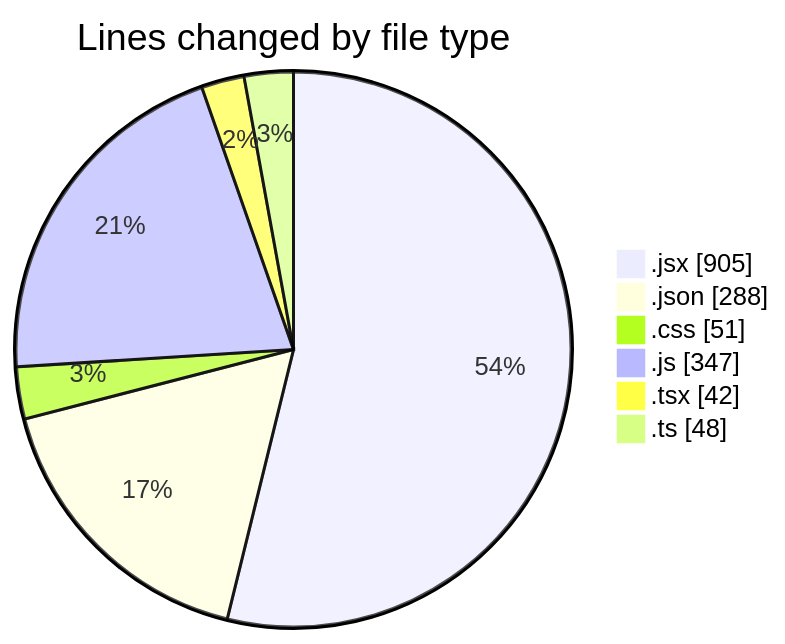
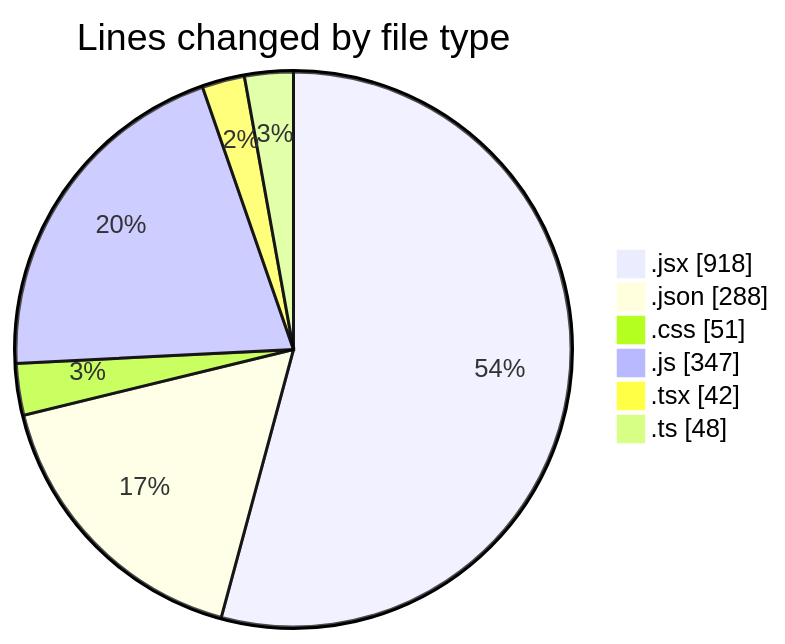
One commit to momahboobian/code-tracking changed the first of 2 diagrams in 2026-03-19/commonwealth-front-end-task/README.md. Above: the diagram before and after it, drawn with Mermaid. The commit also changed other lines of this file and 1 other file, not shown here.

````diff
--- a/2026-03-19/commonwealth-front-end-task/README.md
+++ b/2026-03-19/commonwealth-front-end-task/README.md
@@ -38,10 +38,10 @@
 ```mermaid
 pie showData
 title Lines changed by file type
-".jsx" : 905
+".jsx" : 918
 ".json" : 288
 ".css" : 51
 ".js" : 347
 ".tsx" : 42
 ".ts" : 48
 ```
````
